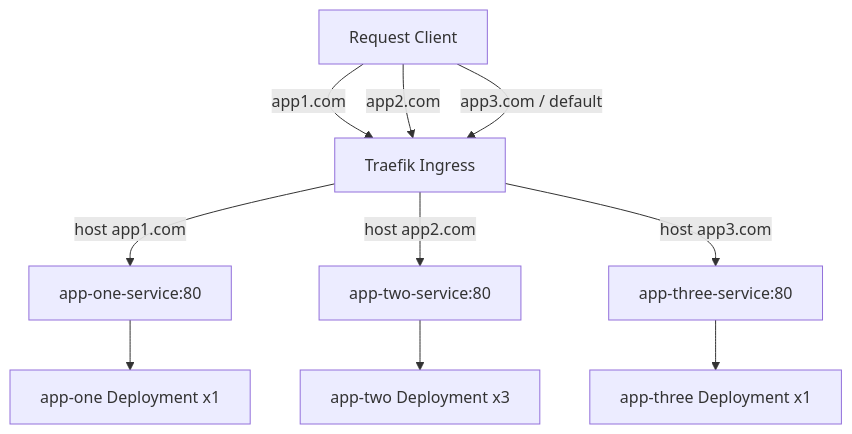
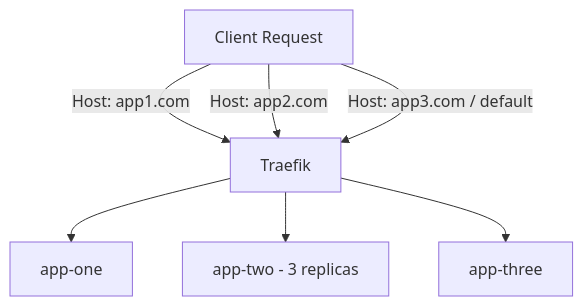
Before and after one commit to rh-oussama/Inception-of-Things: the second of 4 diagrams in README.md, drawn with Mermaid. The commit also changed other lines of this file, not shown here.

````diff
--- a/README.md
+++ b/README.md
@@ -113,10 +108,10 @@
 ```mermaid
 graph TD
-    Client[Request Client] -->|app1.com| Traefik[Traefik Ingress]
-    Client -->|app2.com| Traefik
-    Client -->|app3.com / default| Traefik
-    
-    Traefik -->|host app1.com| App1[app-one-service:80] --> Pod1[app-one Deployment x1]
-    Traefik -->|host app2.com| App2[app-two-service:80] --> Pod2[app-two Deployment x3]
-    Traefik -->|host app3.com| App3[app-three-service:80] --> Pod3[app-three Deployment x1]
+    Client[Client Request] -->|Host: app1.com| Traefik
+    Client -->|Host: app2.com| Traefik
+    Client -->|Host: app3.com / default| Traefik
+
+    Traefik --> App1[app-one]
+    Traefik --> App2[app-two - 3 replicas]
+    Traefik --> App3[app-three]
 ```
````
